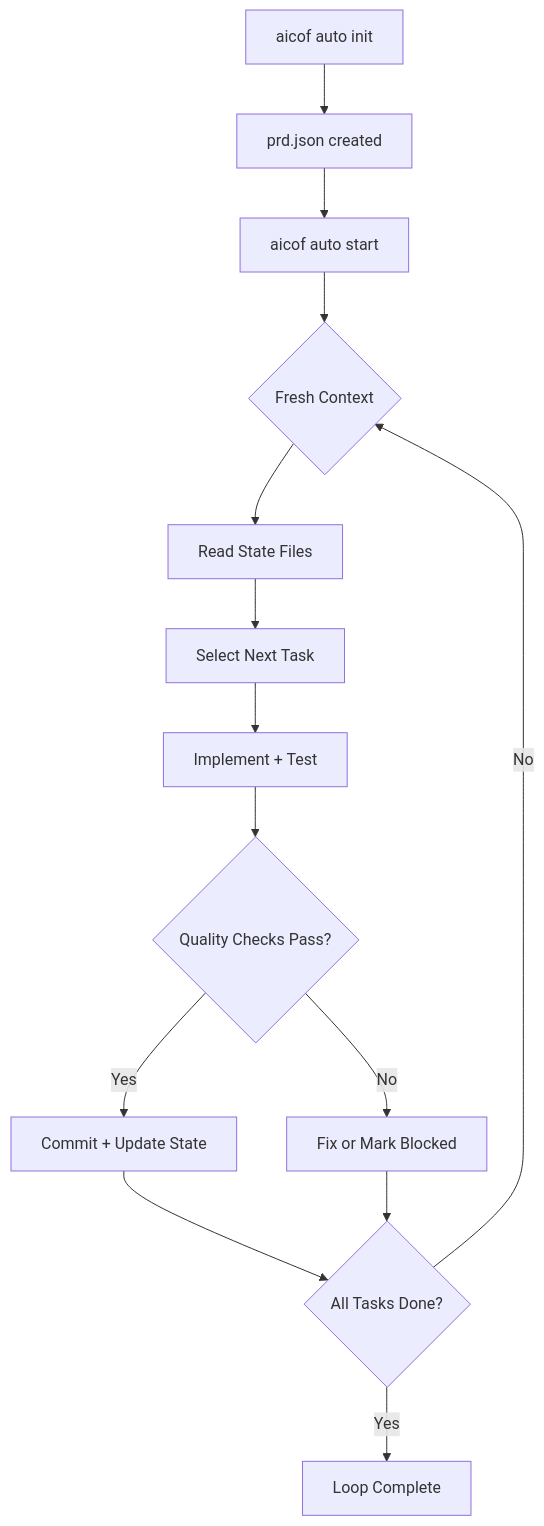
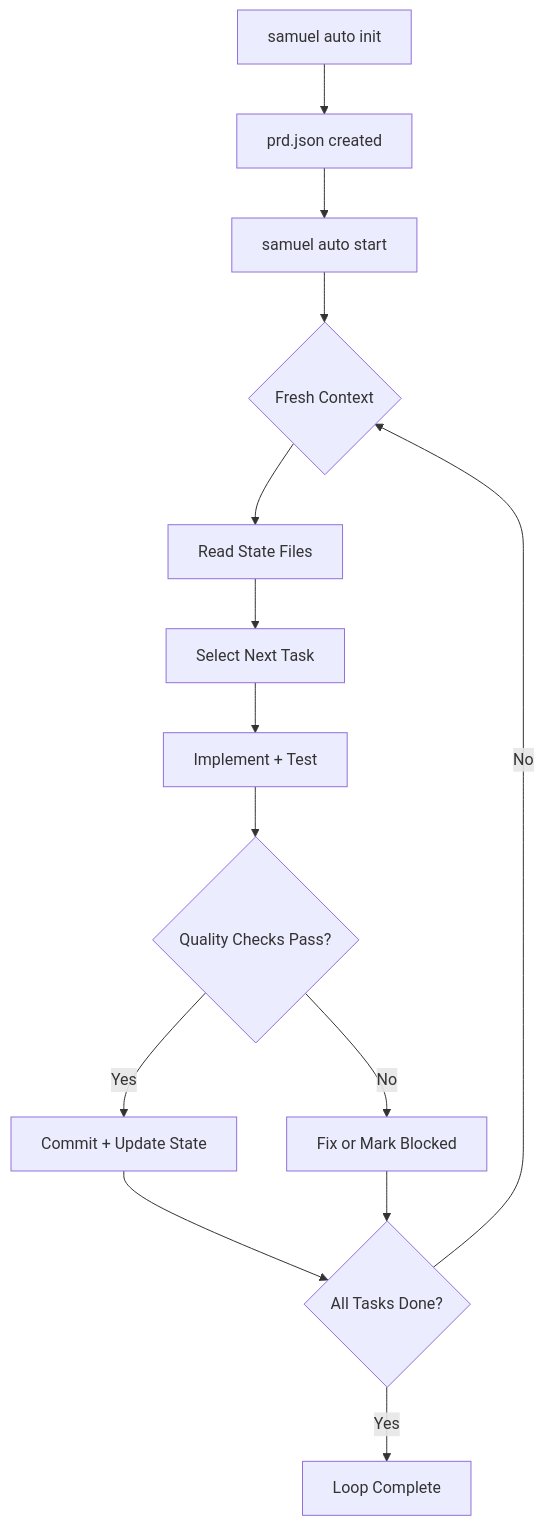
One commit to ar4mirez/samuel changed the diagram in docs/workflows/auto.md. Above: the diagram before and after it, drawn with Mermaid. The commit also changed other lines of this file and 215 other files, not shown here.

First line of the commit message:
refactor: rename aicof to samuel

````diff
--- a/docs/workflows/auto.md
+++ b/docs/workflows/auto.md
@@ -31,16 +31,16 @@
 ```mermaid
 graph TD
-    A[aicof auto init] --> B[prd.json created]
-    B --> C[aicof auto start]
+    A[samuel auto init] --> B[prd.json created]
+    B --> C[samuel auto start]
     C --> D{Fresh Context}
     D --> E[Read State Files]
     E --> F[Select Next Task]
     F --> G[Implement + Test]
     G --> H{Quality Checks Pass?}
     H -->|Yes| I[Commit + Update State]
     H -->|No| J[Fix or Mark Blocked]
     I --> K{All Tasks Done?}
     J --> K
     K -->|No| D
     K -->|Yes| L[Loop Complete]
 ```
````
